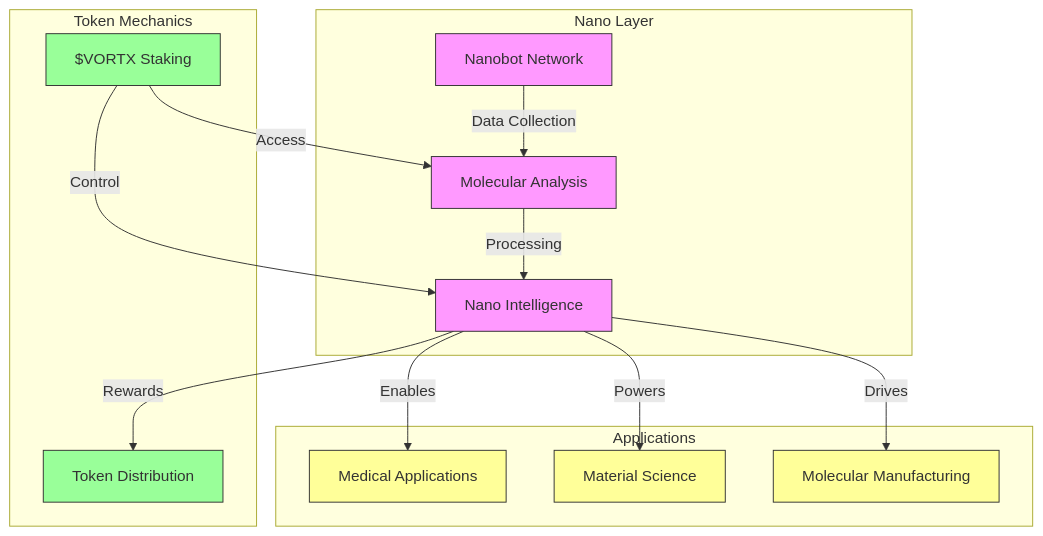
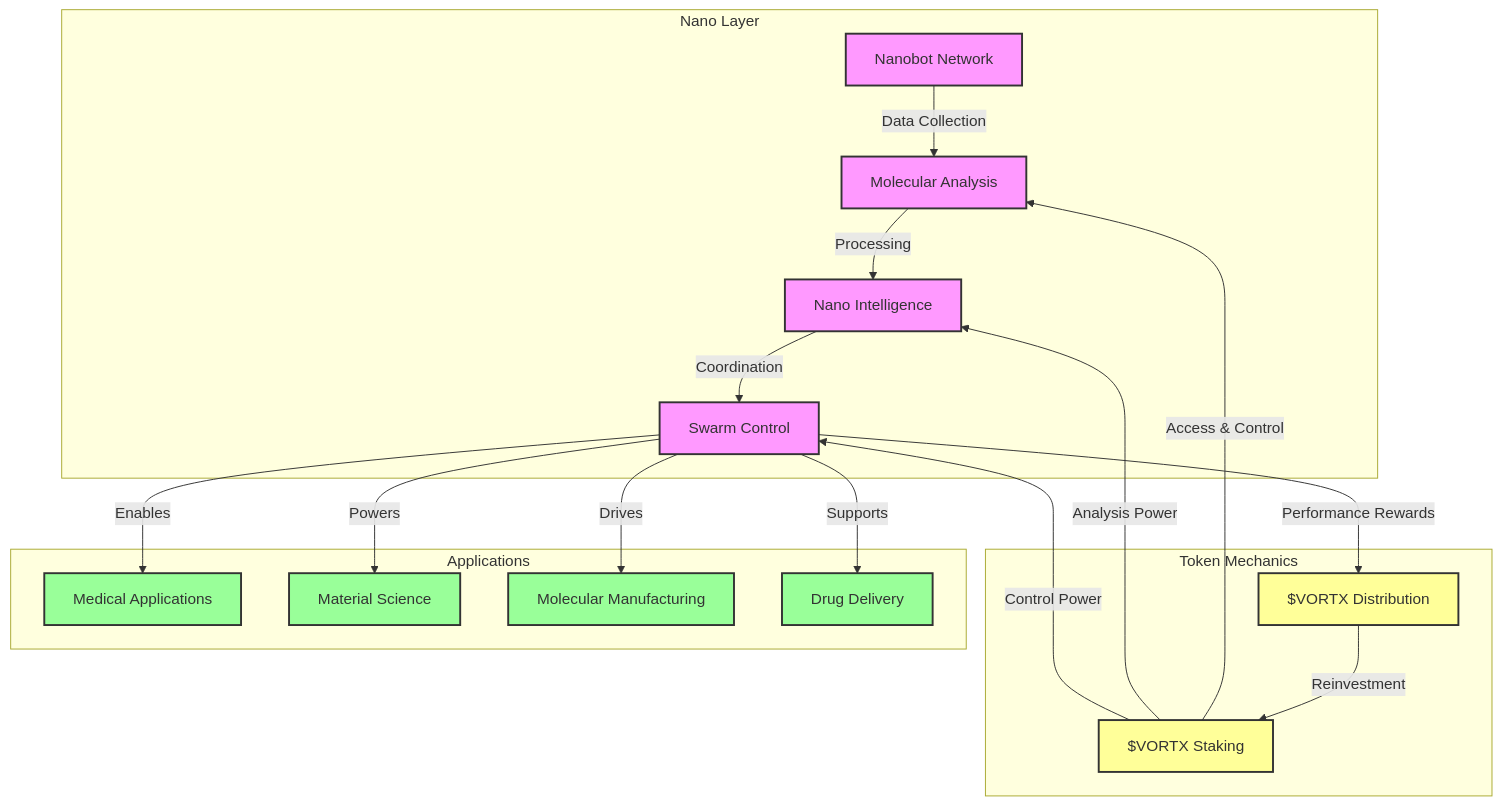
One commit to Vortx-AI/synthetic-satellite changed the second of 4 diagrams in docs/whitepapers/emerging-tech.md. Above: the diagram before and after it, drawn with Mermaid. The commit also changed other lines of this file and 2 other files, not shown here.

````diff
--- a/docs/whitepapers/emerging-tech.md
+++ b/docs/whitepapers/emerging-tech.md
@@ -38,27 +42,31 @@
 ```mermaid
 graph TD
     subgraph Nano Layer
         N1[Nanobot Network] -->|Data Collection| N2[Molecular Analysis]
         N2 -->|Processing| N3[Nano Intelligence]
+        N3 -->|Coordination| N4[Swarm Control]
     end
     
     subgraph Token Mechanics
-        T1[$VORTX Staking] -->|Access| N2
-        T1 -->|Control| N3
-        N3 -->|Rewards| T2[Token Distribution]
+        T1[$VORTX Staking] -->|Access & Control| N2
+        T1 -->|Analysis Power| N3
+        T1 -->|Control Power| N4
+        N4 -->|Performance Rewards| T2[$VORTX Distribution]
+        T2 -->|Reinvestment| T1
     end
     
     subgraph Applications
-        N3 -->|Enables| A1[Medical Applications]
-        N3 -->|Powers| A2[Material Science]
-        N3 -->|Drives| A3[Molecular Manufacturing]
+        N4 -->|Enables| A1[Medical Applications]
+        N4 -->|Powers| A2[Material Science]
+        N4 -->|Drives| A3[Molecular Manufacturing]
+        N4 -->|Supports| A4[Drug Delivery]
     end
     
-    classDef nano fill:#f9f,stroke:#333
-    classDef token fill:#9f9,stroke:#333
-    classDef app fill:#ff9,stroke:#333
+    classDef nano fill:#f9f,stroke:#333,stroke-width:2px
+    classDef token fill:#ff9,stroke:#333,stroke-width:2px
+    classDef app fill:#9f9,stroke:#333,stroke-width:2px
     
-    class N1,N2,N3 nano
+    class N1,N2,N3,N4 nano
     class T1,T2 token
-    class A1,A2,A3 app
+    class A1,A2,A3,A4 app
 ```
````
